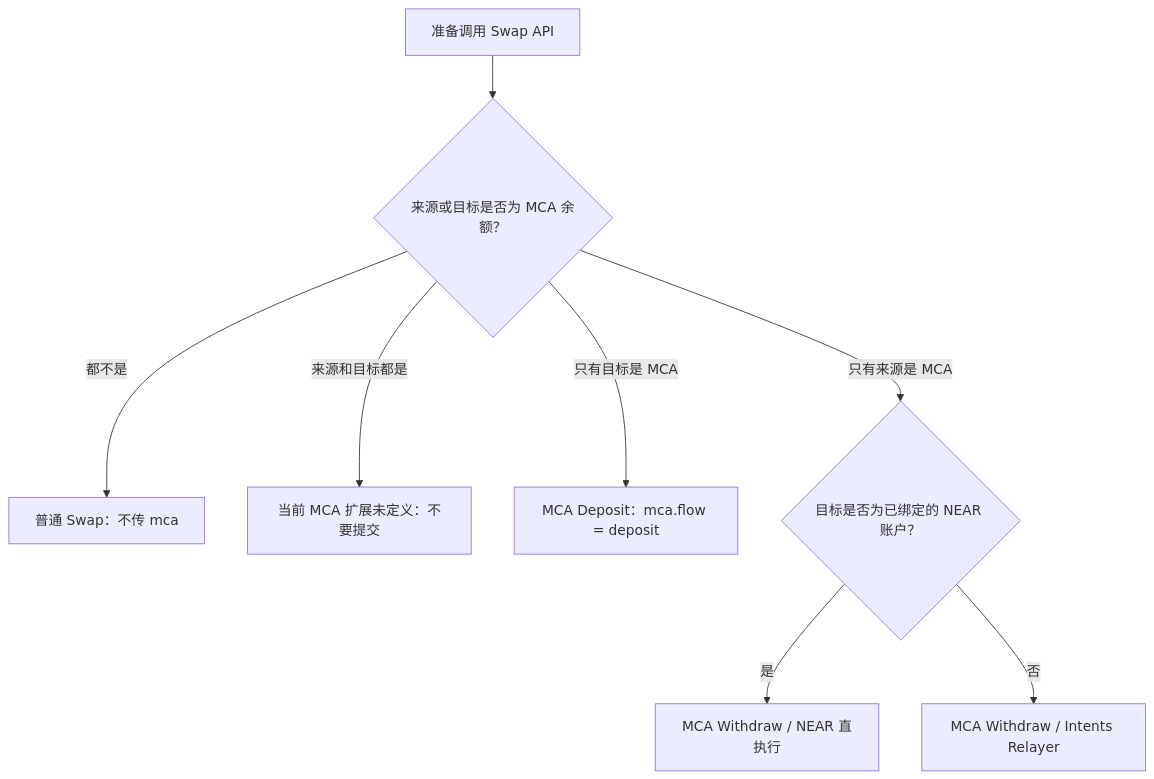
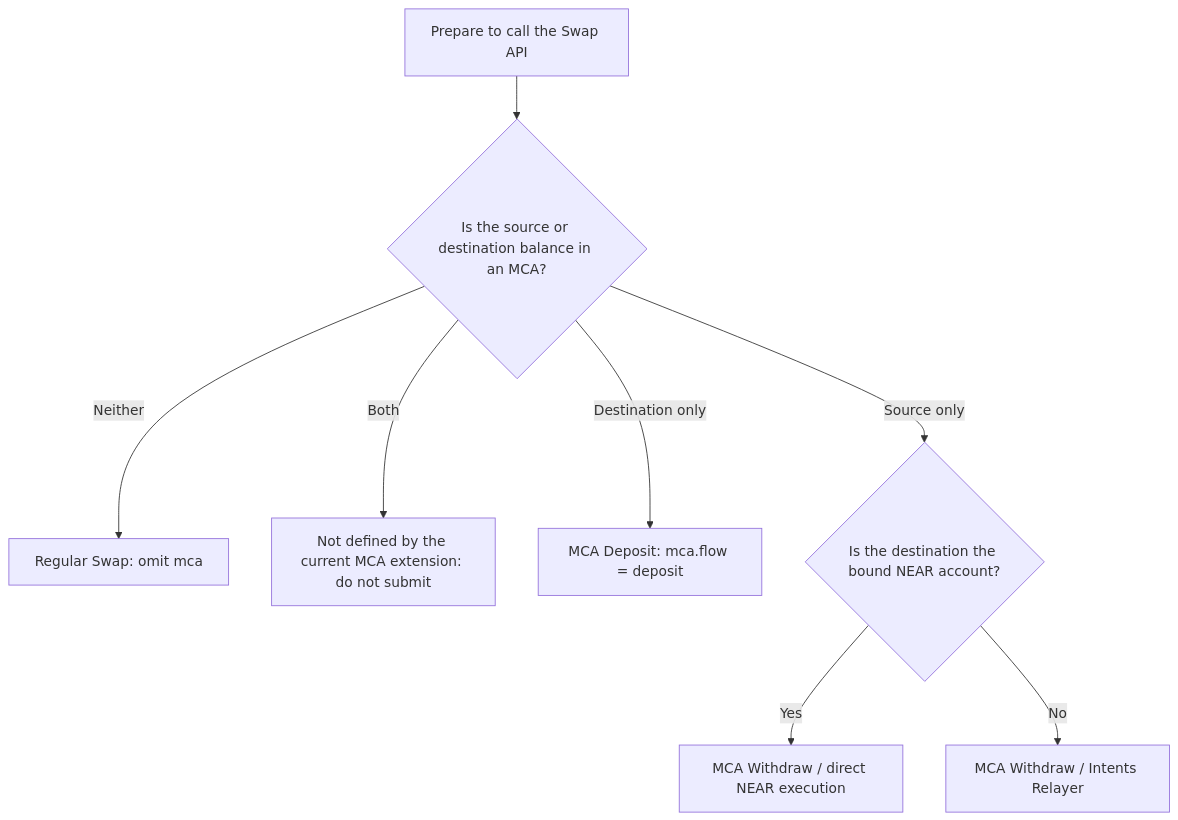
One commit to rhea-finance/rhea-sdk-docs changed the first of 6 diagrams in MCA_SWAP_HTTP_API.md. Above: the diagram before and after it, drawn with Mermaid. The commit also changed other lines of this file, not shown here.

Commit message:
add api doc

````diff
--- a/MCA_SWAP_HTTP_API.md
+++ b/MCA_SWAP_HTTP_API.md
@@ -89,10 +89,10 @@
 ```mermaid
 flowchart TD
-  A["准备调用 Swap API"] --> B{"来源或目标是否为 MCA 余额？"}
-  B -->|"都不是"| N["普通 Swap：不传 mca"]
-  B -->|"来源和目标都是"| U["当前 MCA 扩展未定义：不要提交"]
-  B -->|"只有目标是 MCA"| D["MCA Deposit：mca.flow = deposit"]
-  B -->|"只有来源是 MCA"| W{"目标是否为已绑定的 NEAR 账户？"}
-  W -->|"是"| WN["MCA Withdraw / NEAR 直执行"]
-  W -->|"否"| WR["MCA Withdraw / Intents Relayer"]
+  A["Prepare to call the Swap API"] --> B{"Is the source or destination balance in an MCA?"}
+  B -->|"Neither"| N["Regular Swap: omit mca"]
+  B -->|"Both"| U["Not defined by the current MCA extension: do not submit"]
+  B -->|"Destination only"| D["MCA Deposit: mca.flow = deposit"]
+  B -->|"Source only"| W{"Is the destination the bound NEAR account?"}
+  W -->|"Yes"| WN["MCA Withdraw / direct NEAR execution"]
+  W -->|"No"| WR["MCA Withdraw / Intents Relayer"]
 ```
````
